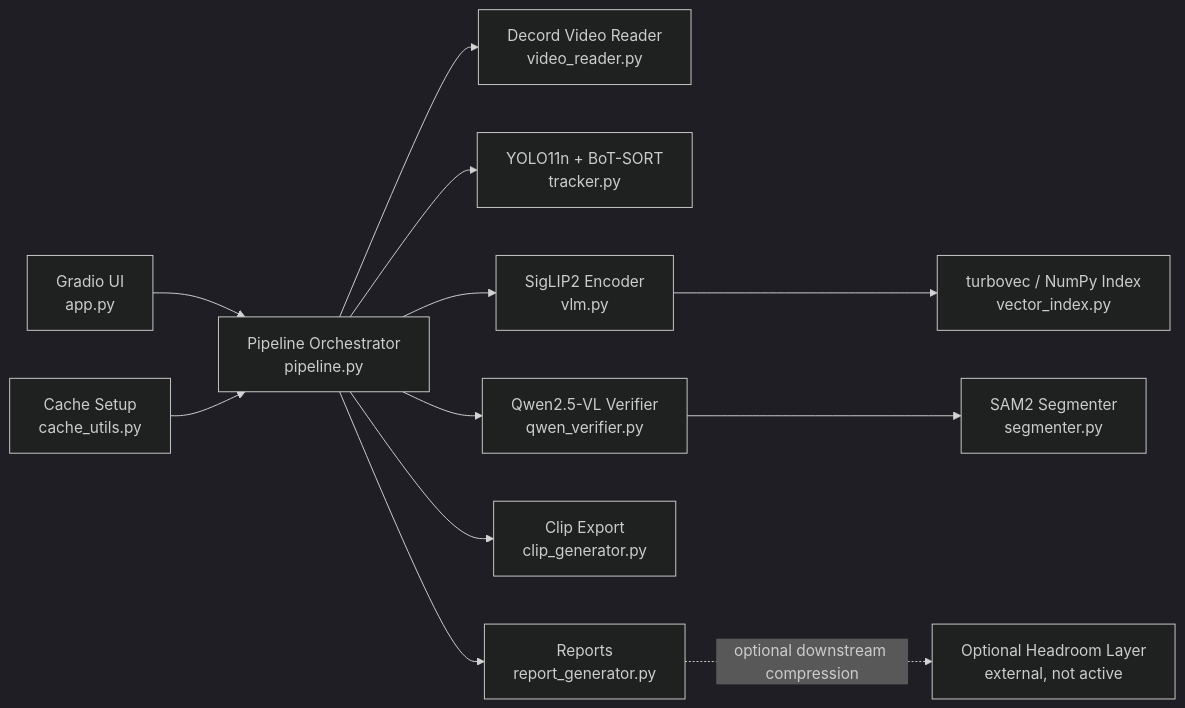
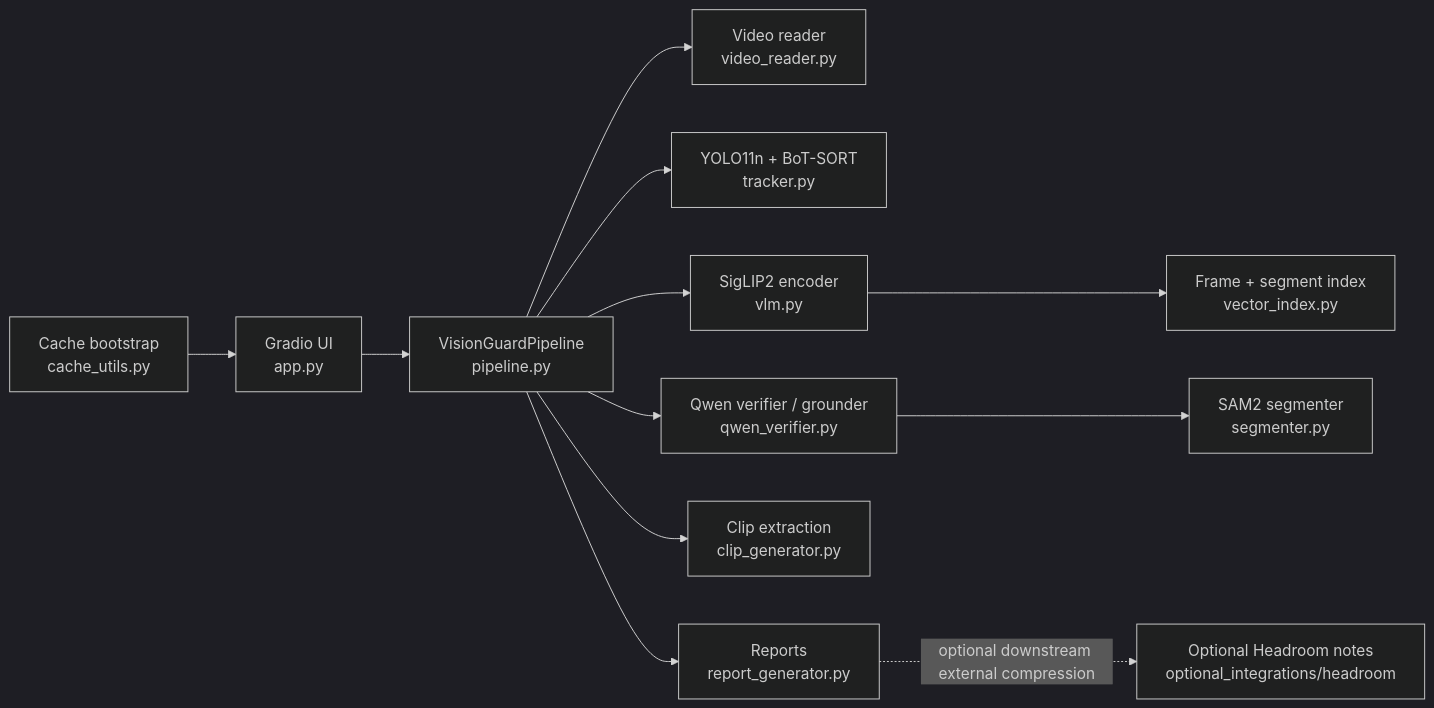
Before and after one commit to priyansupattanaik/visionguard-ai: the first of 2 diagrams in PROJECT_DOCUMENTATION.md, drawn with Mermaid (dark theme). The commit also changed other lines of this file and 2 other files, not shown here.

````diff
--- a/PROJECT_DOCUMENTATION.md
+++ b/PROJECT_DOCUMENTATION.md
@@ -134,27 +170,27 @@
 ```mermaid
 flowchart LR
     UI["Gradio UI<br/>app.py"]
-    PIPE["Pipeline Orchestrator<br/>pipeline.py"]
-    READER["Decord Video Reader<br/>video_reader.py"]
+    PIPE["VisionGuardPipeline<br/>pipeline.py"]
+    CACHE["Cache bootstrap<br/>cache_utils.py"]
+    READER["Video reader<br/>video_reader.py"]
     DET["YOLO11n + BoT-SORT<br/>tracker.py"]
-    RET["SigLIP2 Encoder<br/>vlm.py"]
-    IDX["turbovec / NumPy Index<br/>vector_index.py"]
-    QWEN["Qwen2.5-VL Verifier<br/>qwen_verifier.py"]
-    SEG["SAM2 Segmenter<br/>segmenter.py"]
-    CLIP["Clip Export<br/>clip_generator.py"]
+    EMB["SigLIP2 encoder<br/>vlm.py"]
+    IDX["Frame + segment index<br/>vector_index.py"]
+    VER["Qwen verifier / grounder<br/>qwen_verifier.py"]
+    SEG["SAM2 segmenter<br/>segmenter.py"]
+    CLIP["Clip extraction<br/>clip_generator.py"]
     REP["Reports<br/>report_generator.py"]
-    CACHE["Cache Setup<br/>cache_utils.py"]
-    HR["Optional Headroom Layer<br/>external, not active"]
+    HR["Optional Headroom notes<br/>optional_integrations/headroom"]
 
+    CACHE --> UI
     UI --> PIPE
     PIPE --> READER
     PIPE --> DET
-    PIPE --> RET
-    RET --> IDX
-    PIPE --> QWEN
-    QWEN --> SEG
+    PIPE --> EMB
+    EMB --> IDX
+    PIPE --> VER
+    VER --> SEG
     PIPE --> CLIP
     PIPE --> REP
-    CACHE --> PIPE
-    REP -. optional downstream compression .-> HR
+    REP -. optional downstream external compression .-> HR
 ```
````
